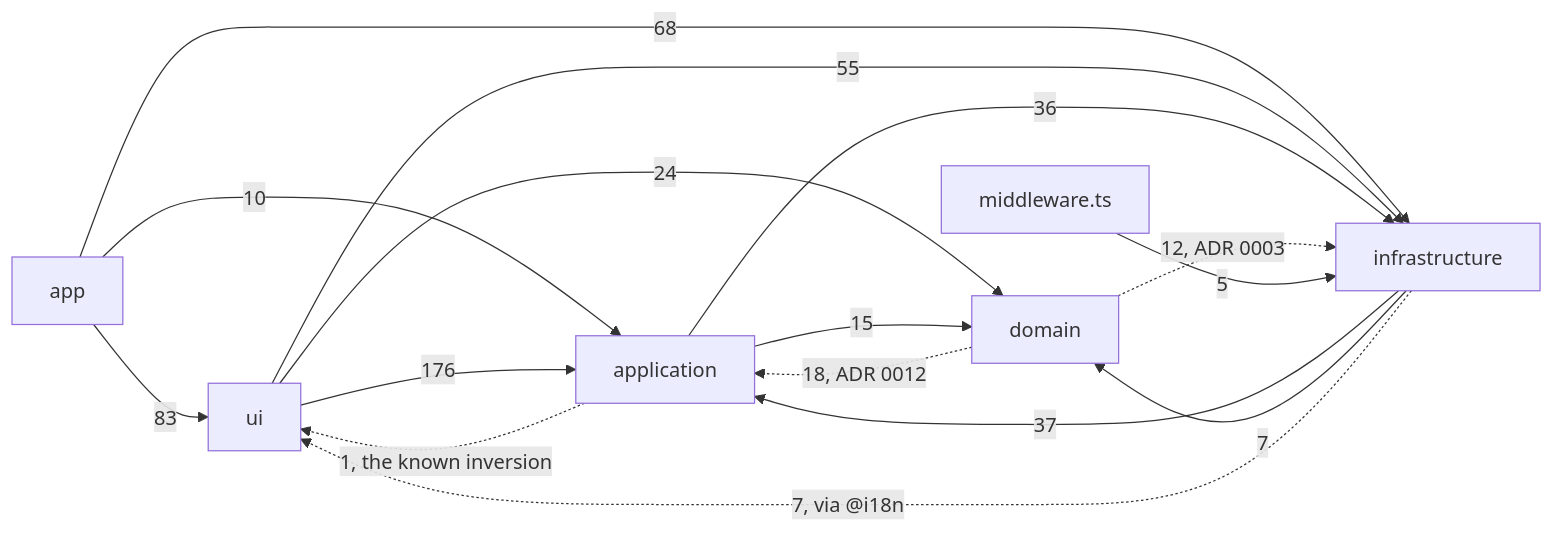
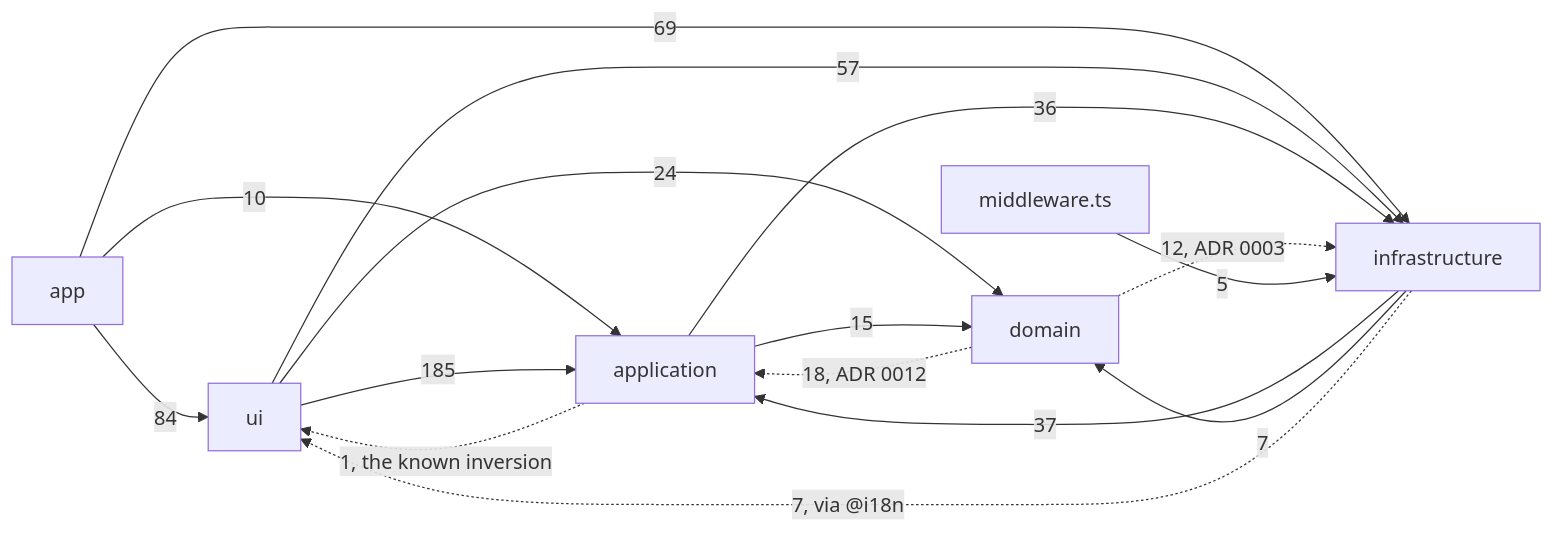
The diagram in apps/docs/src/content/docs/architecture/overview.mdx (fbuireu/forever-pto), drawn with Mermaid before and after one commit. The commit also changed other lines of this file and 32 other files, not shown here.

````diff
--- a/apps/docs/src/content/docs/architecture/overview.mdx
+++ b/apps/docs/src/content/docs/architecture/overview.mdx
@@ -47,24 +47,24 @@
 ```mermaid
 flowchart LR
   APP[app]
   UI[ui]
   APPL[application]
   DOM[domain]
   INFRA[infrastructure]
   MW[middleware.ts]
-  APP -->|83| UI
+  APP -->|84| UI
   APP -->|10| APPL
-  APP -->|68| INFRA
-  UI -->|176| APPL
+  APP -->|69| INFRA
+  UI -->|185| APPL
   UI -->|24| DOM
-  UI -->|55| INFRA
+  UI -->|57| INFRA
   APPL -->|15| DOM
   APPL -->|36| INFRA
   APPL -.->|1, the known inversion| UI
   DOM -.->|18, ADR 0012| APPL
   DOM -.->|12, ADR 0003| INFRA
   INFRA -->|37| APPL
   INFRA -->|7| DOM
   INFRA -.->|7, via @i18n| UI
   MW -->|5| INFRA
 ```
````
